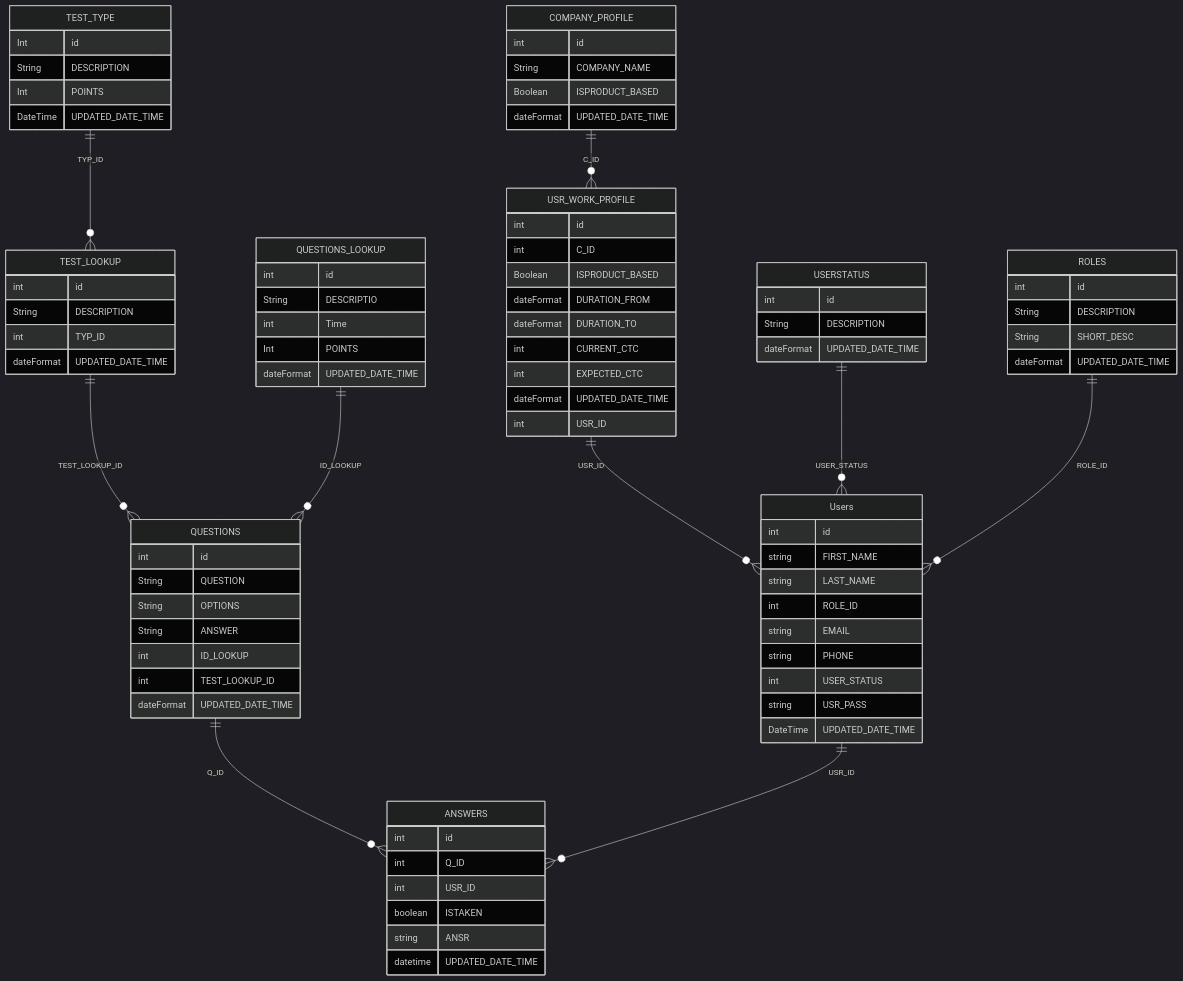
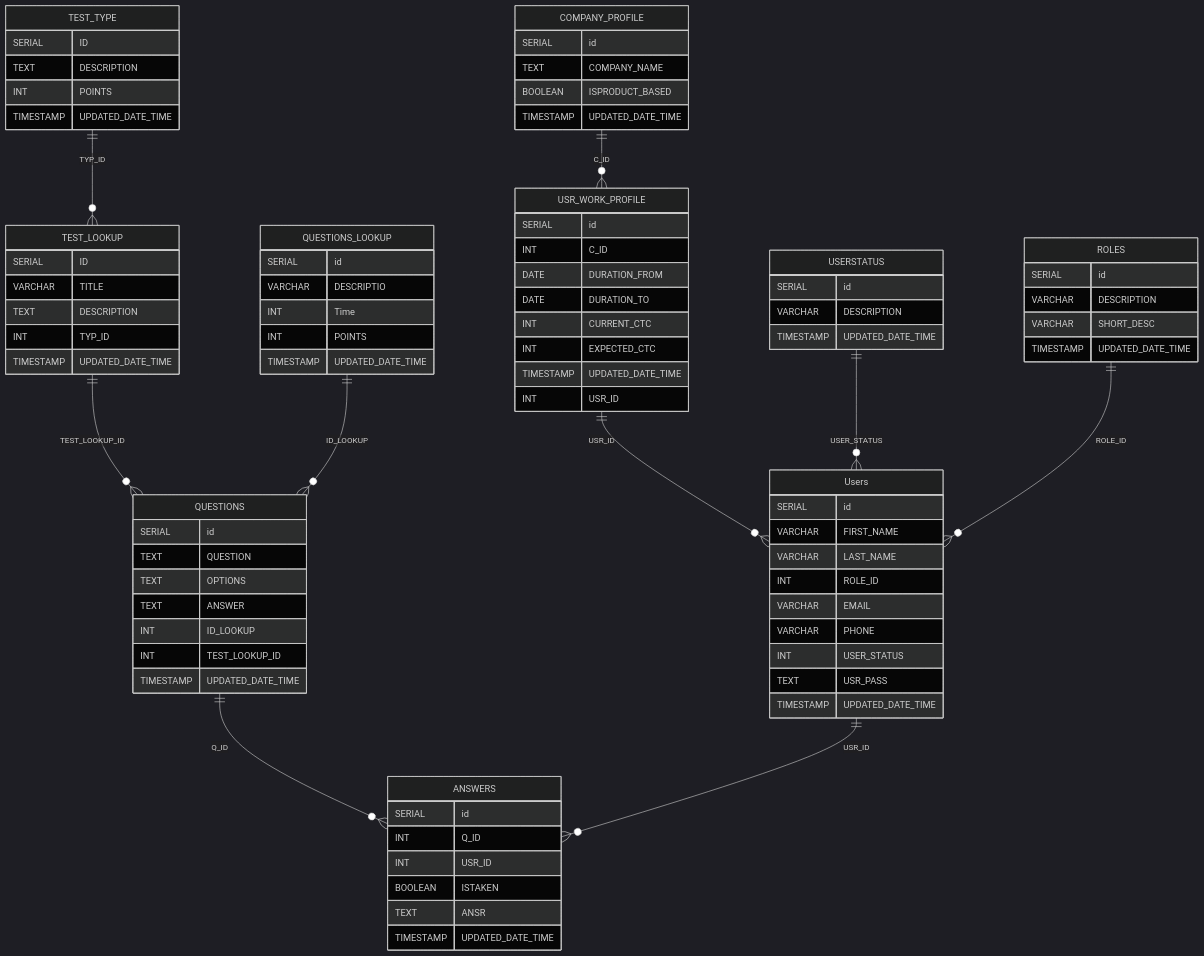
The second of 3 diagrams in README.md (red2n/home), drawn with Mermaid (dark theme) before and after one commit. The commit also changed other lines of this file, not shown here.

````diff
--- a/README.md
+++ b/README.md
@@ -104,93 +104,94 @@
 
 TEST_TYPE ||--o{ TEST_LOOKUP : TYP_ID
 TEST_TYPE{
-      Int id
-      String DESCRIPTION
-      Int POINTS
-      DateTime UPDATED_DATE_TIME
+      SERIAL ID 
+      TEXT DESCRIPTION
+      INT POINTS
+      TIMESTAMP UPDATED_DATE_TIME
     }
 TEST_LOOKUP ||--o{ QUESTIONS : TEST_LOOKUP_ID
  TEST_LOOKUP{
-        int id
-        String DESCRIPTION
-        int TYP_ID
-        dateFormat UPDATED_DATE_TIME
+        SERIAL ID 
+        VARCHAR TITLE
+        TEXT DESCRIPTION
+        INT TYP_ID
+        TIMESTAMP UPDATED_DATE_TIME
     }
 QUESTIONS_LOOKUP ||--o{ QUESTIONS : ID_LOOKUP
 QUESTIONS_LOOKUP{
-        int id
-        String DESCRIPTIO
-        int Time
-        Int POINTS
-        dateFormat UPDATED_DATE_TIME
+        SERIAL id
+        VARCHAR DESCRIPTIO
+        INT Time
+        INT POINTS
+        TIMESTAMP UPDATED_DATE_TIME
     }
 QUESTIONS ||--o{ ANSWERS : Q_ID
  QUESTIONS{
-        int id
-        String QUESTION
-        String OPTIONS
-        String ANSWER
-        int ID_LOOKUP
-        int TEST_LOOKUP_ID
-        dateFormat UPDATED_DATE_TIME
+        SERIAL id
+        TEXT QUESTION
+        TEXT OPTIONS
+        TEXT ANSWER
+        INT ID_LOOKUP
+        INT TEST_LOOKUP_ID
+        TIMESTAMP UPDATED_DATE_TIME
     }
 
 
 USR_WORK_PROFILE ||--o{ Users : USR_ID
 USR_WORK_PROFILE{
-     int id
-    int C_ID
-    Boolean ISPRODUCT_BASED
-    dateFormat DURATION_FROM
-    dateFormat DURATION_TO
-    int CURRENT_CTC
-    int EXPECTED_CTC
-    dateFormat UPDATED_DATE_TIME
-    int USR_ID
+     SERIAL id
+    INT C_ID
+    DATE DURATION_FROM
+    DATE DURATION_TO
+    INT CURRENT_CTC
+    INT EXPECTED_CTC
+    TIMESTAMP UPDATED_DATE_TIME
+    INT USR_ID
 }
 COMPANY_PROFILE  ||--o{ USR_WORK_PROFILE : C_ID
 COMPANY_PROFILE{
-     int id
-    String COMPANY_NAME 
-    Boolean ISPRODUCT_BASED
-    dateFormat UPDATED_DATE_TIME
+     SERIAL id
+    TEXT COMPANY_NAME 
+    BOOLEAN ISPRODUCT_BASED
+    TIMESTAMP UPDATED_DATE_TIME
 }
 
 
 USERSTATUS ||--o{ Users : USER_STATUS
 USERSTATUS{
-    int id
-    String DESCRIPTION 
-    dateFormat UPDATED_DATE_TIME
+    SERIAL id
+    VARCHAR DESCRIPTION 
+    TIMESTAMP UPDATED_DATE_TIME
 }
 ROLES ||--o{ Users : ROLE_ID
     ROLES{ 
-    int id
-    String DESCRIPTION
-    String SHORT_DESC
-    dateFormat UPDATED_DATE_TIME
+    SERIAL id
+    VARCHAR DESCRIPTION
+    VARCHAR SHORT_DESC
+    TIMESTAMP UPDATED_DATE_TIME
 }
 
 Users ||--o{ ANSWERS : USR_ID
 Users {
-    int id
-    string FIRST_NAME
-    string LAST_NAME
-    int ROLE_ID
-    string EMAIL
-    string PHONE
-    int USER_STATUS
-    string USR_PASS
-    DateTime UPDATED_DATE_TIME
+    SERIAL id
+    VARCHAR FIRST_NAME
+    VARCHAR LAST_NAME
+    INT ROLE_ID
+    VARCHAR EMAIL
+    VARCHAR PHONE
+    INT USER_STATUS
+    TEXT USR_PASS
+    TIMESTAMP UPDATED_DATE_TIME
 }
 
 ANSWERS {
-    int id
-    int Q_ID
-    int USR_ID
-    boolean ISTAKEN
-    string ANSR
-    datetime UPDATED_DATE_TIME
+    SERIAL id
+    INT Q_ID
+    INT USR_ID
+    BOOLEAN ISTAKEN
+    TEXT ANSR
+    TIMESTAMP UPDATED_DATE_TIME
 }
 
+
 ```
````
